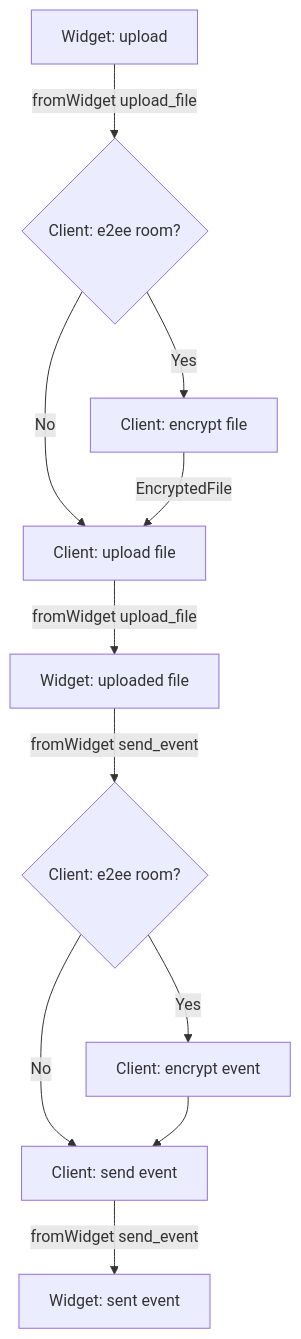
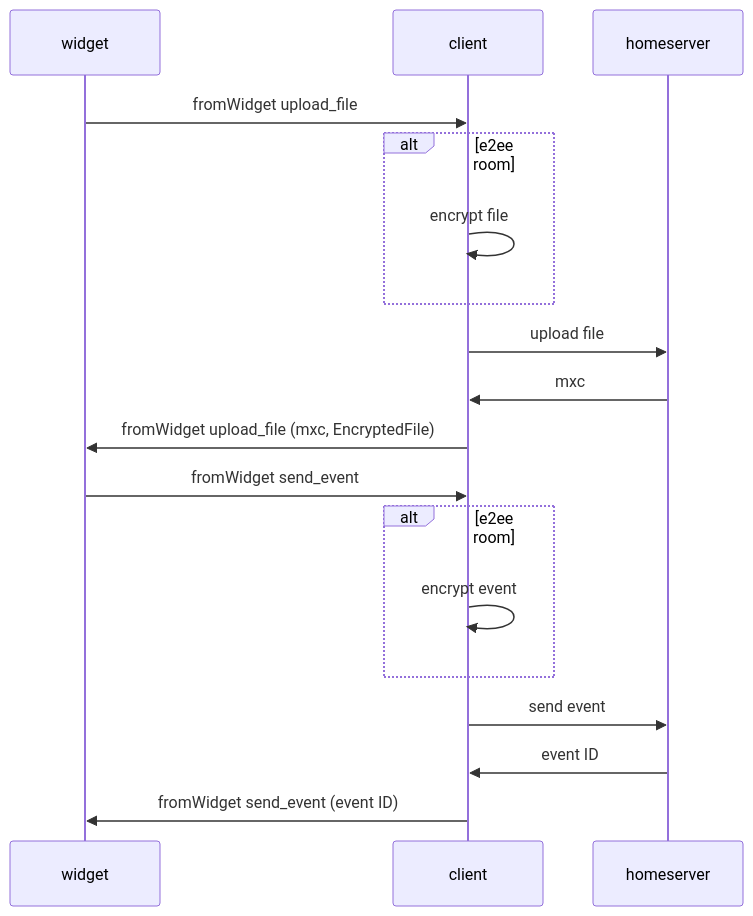
The first of 2 diagrams in proposals/4039-widget-api-media.md (matrix-org/matrix-spec-proposals), drawn with Mermaid before and after one commit. The commit also changed other lines of this file, not shown here.

Commit message:
replace flowchart with sequenceDiagram

````diff
--- a/proposals/4039-widget-api-media.md
+++ b/proposals/4039-widget-api-media.md
@@ -98,13 +100,20 @@
 ```mermaid
-flowchart TD
-    A[Widget: upload] -->|fromWidget upload_file| B{Client: e2ee room?}
-    B -->|No| C[Client: upload file]
-    B -->|Yes| D[Client: encrypt file]
-    D -->|EncryptedFile| C
-    C -->|fromWidget upload_file| E[Widget: uploaded file]
-    E -->|fromWidget send_event| F{Client: e2ee room?}
-    F -->|No| G[Client: send event]
-    F -->|Yes| H[Client: encrypt event]
-    H --> G
-    G -->|fromWidget send_event| I[Widget: sent event]
+sequenceDiagram
+    participant W as widget
+    participant C as client
+    participant H as homeserver
+    W->>C: fromWidget upload_file
+    alt e2ee room
+    C->>C: encrypt file
+    end
+    C->>H: upload file
+    H->>C: mxc
+    C->>W: fromWidget upload_file (mxc, EncryptedFile)
+    W->>C: fromWidget send_event
+    alt e2ee room
+    C->>C: encrypt event
+    end
+    C->>H: send event
+    H->>C: event ID
+    C->>W: fromWidget send_event (event ID)
 ```
````
